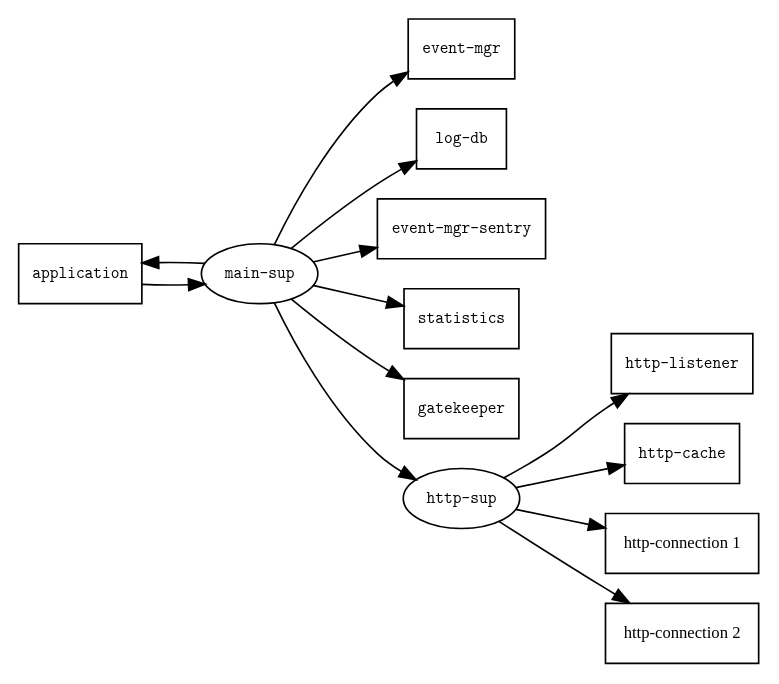
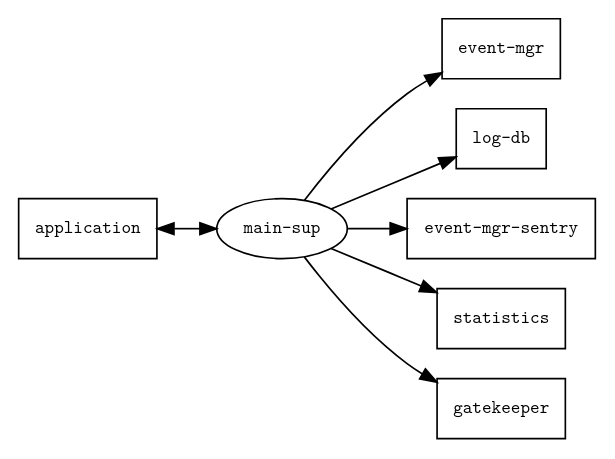
Before and after one commit to becls/swish: the diagram in doc/swish/intro-sup-tree.dot, drawn with Graphviz. The commit also changed 6 other files, not shown here.

```diff
--- a/doc/swish/intro-sup-tree.dot
+++ b/doc/swish/intro-sup-tree.dot
@@ -1,28 +1,19 @@
 digraph G {
+  concentrate=true;
   graph [margin=0,rankdir=LR];
-  node [shape=box,fontname="Latin Modern Mono",fontsize=10];
+  node [shape=box,fontname="Latin Modern Mono",fontsize=11];
   application [label="application"];
   mainsup [label="main-sup",shape=ellipse];
   eventmgr [label="event-mgr"];
   logdb [label="log-db"];
   eventmgrsentry [label="event-mgr-sentry"];
   statistics [label="statistics"];
   gatekeeper [label="gatekeeper"];
-  httpsup [label="http-sup",shape=ellipse];
-  httpd [label="http-listener"];
-  httpcache [label="http-cache"];
-  hc1 [label="http-connection 1",fontname="Latin Modern Roman,"];
-  hc2 [label="http-connection 2",fontname="Latin Modern Roman,"];
   application -> mainsup;
   mainsup -> application;
   mainsup -> eventmgr;
   mainsup -> logdb;
   mainsup -> eventmgrsentry;
   mainsup -> statistics;
   mainsup -> gatekeeper;
-  mainsup -> httpsup;
-  httpsup -> httpd;
-  httpsup -> httpcache;
-  httpsup -> hc1;
-  httpsup -> hc2;
 }
```
